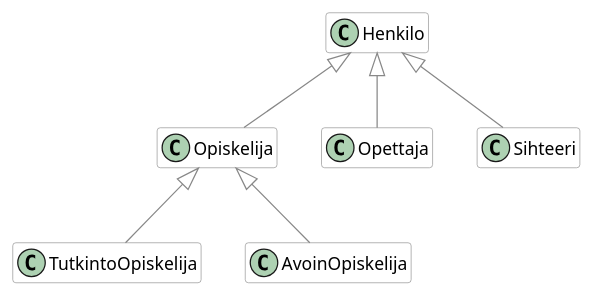
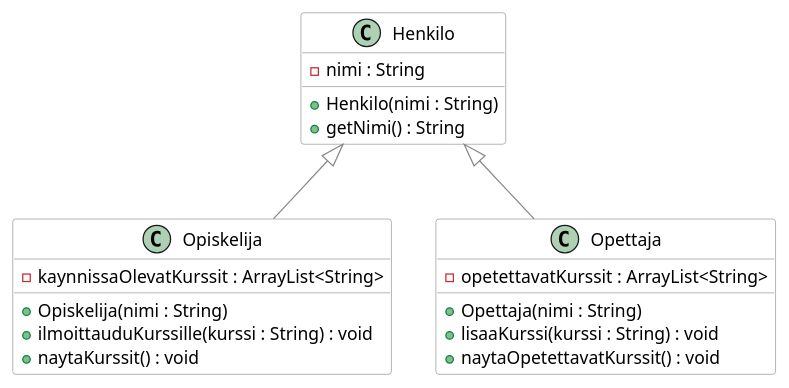
The second of 3 diagrams in src/osa3/01-perinta.md (ohj-perus-jy/ohj2), drawn with PlantUML before and after one commit. The commit also changed other lines of this file and 6 other files, not shown here.

Commit message:
UML figures

````diff
--- a/src/osa3/01-perinta.md
+++ b/src/osa3/01-perinta.md
@@ -444,27 +493,33 @@
 ```plantuml
 @startuml
 ' --- Style: square corners, no compartments, theme-safe colors ---
 hide empty members
 skinparam class {
     RoundCorner        0
     BorderColor        #888888
     BackgroundColor    transparent
 }
 skinparam arrowColor   #888888
 
-class Henkilo
-class Opiskelija
-class Opettaja
-class Sihteeri
-class TutkintoOpiskelija
-class AvoinOpiskelija
+class Henkilo {
+    - nimi : String
+    + Henkilo(nimi : String)
+    + getNimi() : String
+}
+class Opiskelija {
+    - kaynnissaOlevatKurssit : ArrayList<String>
+    + Opiskelija(nimi : String)
+    + ilmoittauduKurssille(kurssi : String) : void
+    + naytaKurssit() : void
+}
+class Opettaja {
+    - opetettavatKurssit : ArrayList<String>
+    + Opettaja(nimi : String)
+    + lisaaKurssi(kurssi : String) : void
+    + naytaOpetettavatKurssit() : void
+}
 
 Henkilo <|-- Opiskelija
 Henkilo <|-- Opettaja
-Henkilo <|-- Sihteeri
-Opiskelija <|-- TutkintoOpiskelija
-Opiskelija <|-- AvoinOpiskelija
-
 @enduml
-
 ``` 
````
